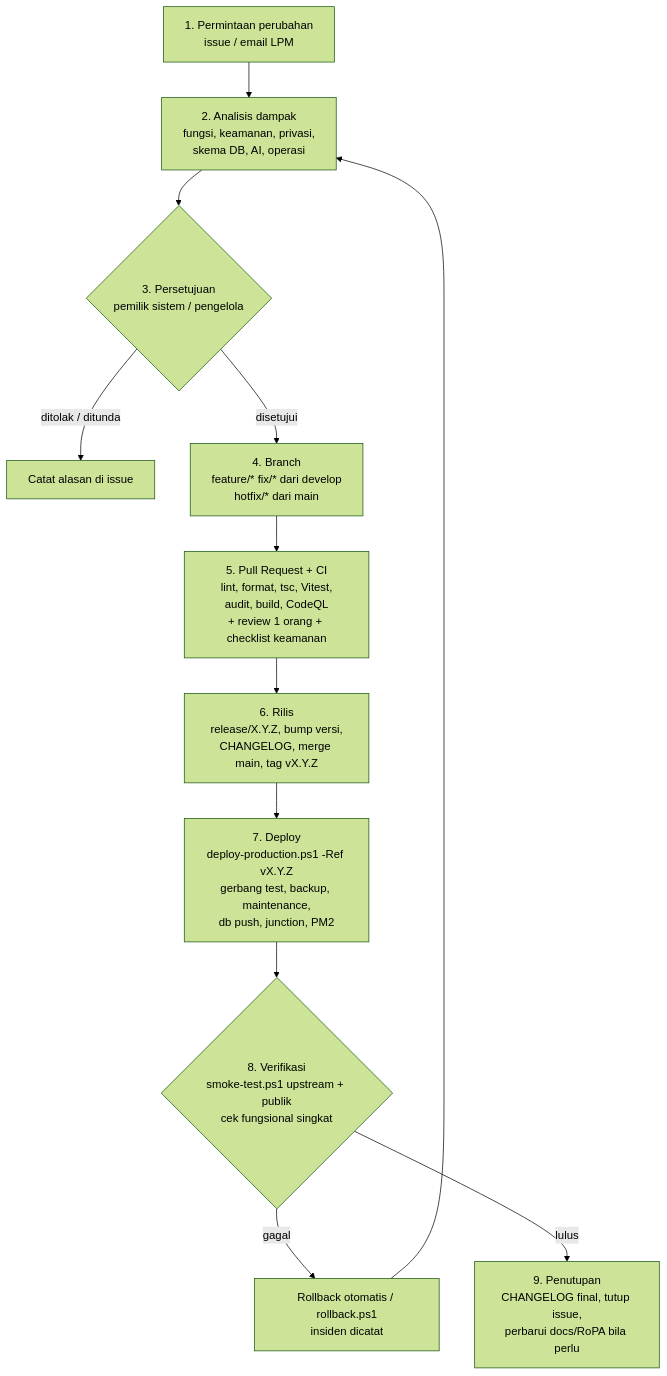
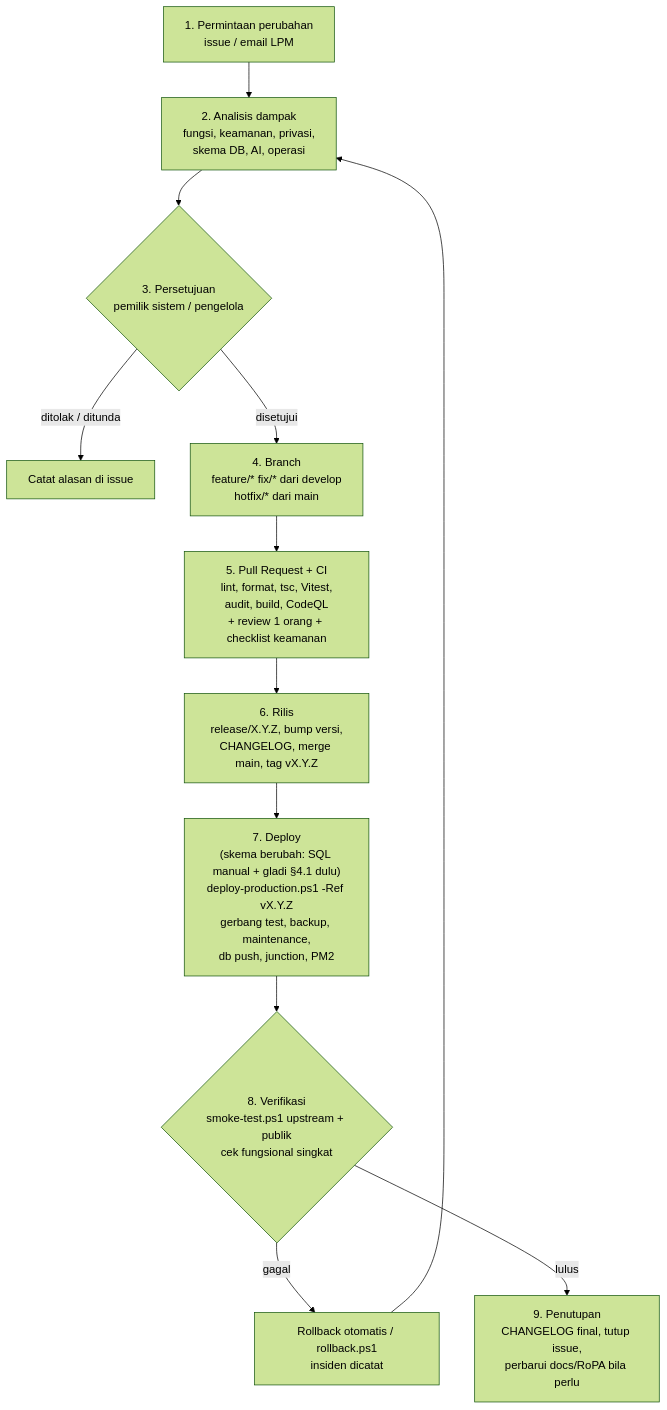
Before and after one commit to alfaqosry/spmi-lppm: the diagram in docs/iso/RENCANA-PEMELIHARAAN.md, drawn with Mermaid (forest theme). The commit also changed other lines of this file and 69 other files, not shown here.

Commit message:
fix: keamanan cakupan standar, bug akun & pesan galat, E2E alur, gladi migrasi SQL otomatis

````diff
--- a/docs/iso/RENCANA-PEMELIHARAAN.md
+++ b/docs/iso/RENCANA-PEMELIHARAAN.md
@@ -64,14 +68,14 @@
 ```mermaid
 flowchart TD
     A["1. Permintaan perubahan<br/>issue / email LPM"] --> B["2. Analisis dampak<br/>fungsi, keamanan, privasi,<br/>skema DB, AI, operasi"]
     B --> C{"3. Persetujuan<br/>pemilik sistem / pengelola"}
     C -->|"ditolak / ditunda"| Z["Catat alasan di issue"]
     C -->|"disetujui"| D["4. Branch<br/>feature/* fix/* dari develop<br/>hotfix/* dari main"]
     D --> E["5. Pull Request + CI<br/>lint, format, tsc, Vitest,<br/>audit, build, CodeQL<br/>+ review 1 orang + checklist keamanan"]
     E --> F["6. Rilis<br/>release/X.Y.Z, bump versi,<br/>CHANGELOG, merge main, tag vX.Y.Z"]
-    F --> G["7. Deploy<br/>deploy-production.ps1 -Ref vX.Y.Z<br/>gerbang test, backup, maintenance,<br/>db push, junction, PM2"]
+    F --> G["7. Deploy<br/>(skema berubah: SQL manual + gladi §4.1 dulu)<br/>deploy-production.ps1 -Ref vX.Y.Z<br/>gerbang test, backup, maintenance,<br/>db push, junction, PM2"]
     G --> H{"8. Verifikasi<br/>smoke-test.ps1 upstream + publik<br/>cek fungsional singkat"}
     H -->|"gagal"| R["Rollback otomatis / rollback.ps1<br/>insiden dicatat"]
     H -->|"lulus"| I["9. Penutupan<br/>CHANGELOG final, tutup issue,<br/>perbarui docs/RoPA bila perlu"]
     R --> B
 ```
````
